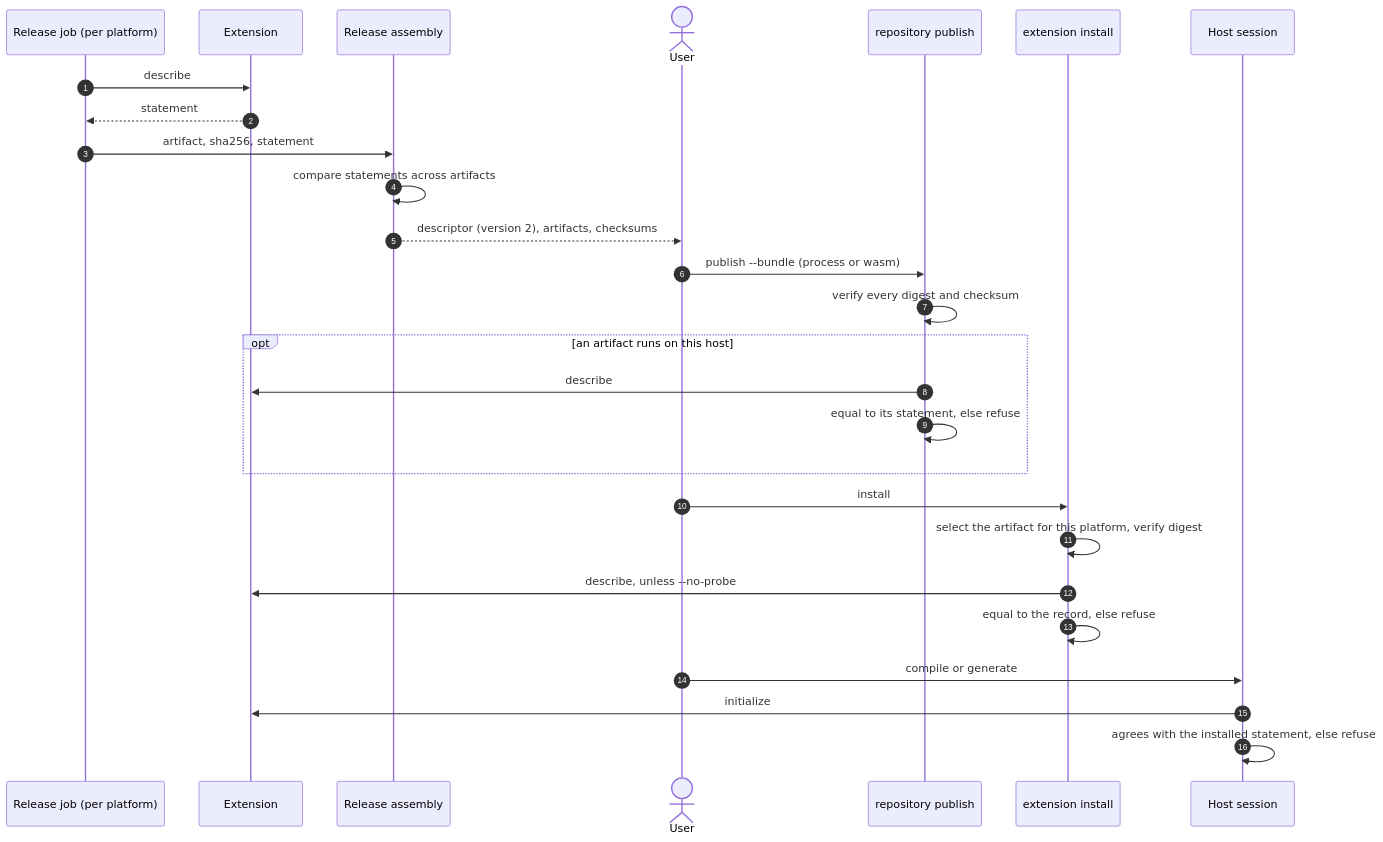
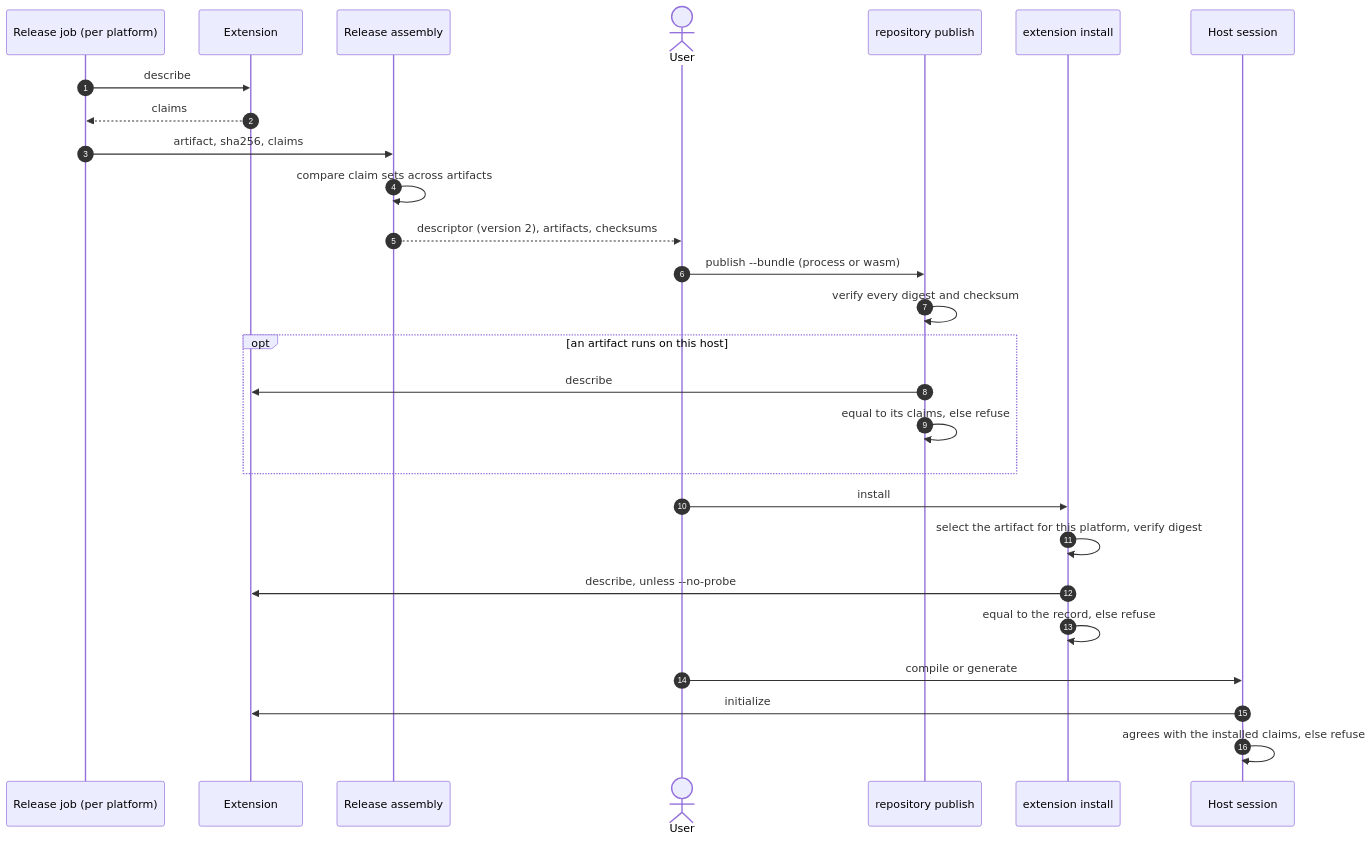
One commit to finos/morphir changed the third of 3 diagrams in docs/design/draft/extensions/distribution-and-acquisition.md. Above: the diagram before and after it, drawn with Mermaid. The commit also changed other lines of this file and 27 other files, not shown here.

First line of the commit message:
feat!: capability statements become capability claim sets (#979)

````diff
--- a/docs/design/draft/extensions/distribution-and-acquisition.md
+++ b/docs/design/draft/extensions/distribution-and-acquisition.md
@@ -266,30 +266,30 @@
 ```mermaid
 sequenceDiagram
     autonumber
     participant CI as Release job (per platform)
     participant Guest as Extension
     participant Asm as Release assembly
     actor User
     participant Repo as repository publish
     participant Inst as extension install
     participant Host as Host session
 
     CI->>Guest: describe
-    Guest-->>CI: statement
-    CI->>Asm: artifact, sha256, statement
-    Asm->>Asm: compare statements across artifacts
+    Guest-->>CI: claims
+    CI->>Asm: artifact, sha256, claims
+    Asm->>Asm: compare claim sets across artifacts
     Asm-->>User: descriptor (version 2), artifacts, checksums
     User->>Repo: publish --bundle (process or wasm)
     Repo->>Repo: verify every digest and checksum
     opt an artifact runs on this host
         Repo->>Guest: describe
-        Repo->>Repo: equal to its statement, else refuse
+        Repo->>Repo: equal to its claims, else refuse
     end
     User->>Inst: install
     Inst->>Inst: select the artifact for this platform, verify digest
     Inst->>Guest: describe, unless --no-probe
     Inst->>Inst: equal to the record, else refuse
     User->>Host: compile or generate
     Host->>Guest: initialize
-    Host->>Host: agrees with the installed statement, else refuse
+    Host->>Host: agrees with the installed claims, else refuse
 ```
````
